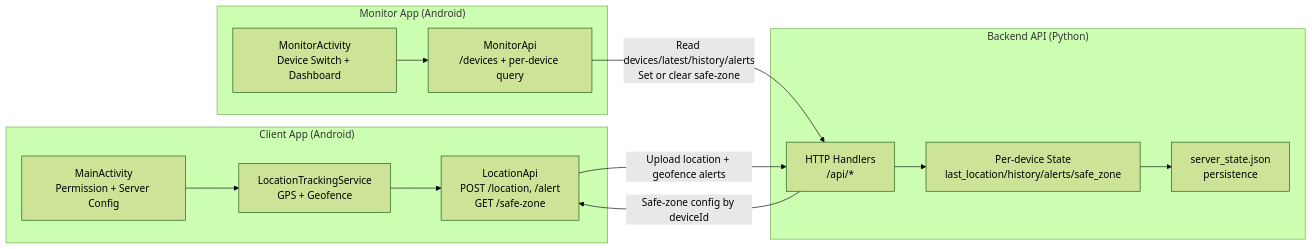
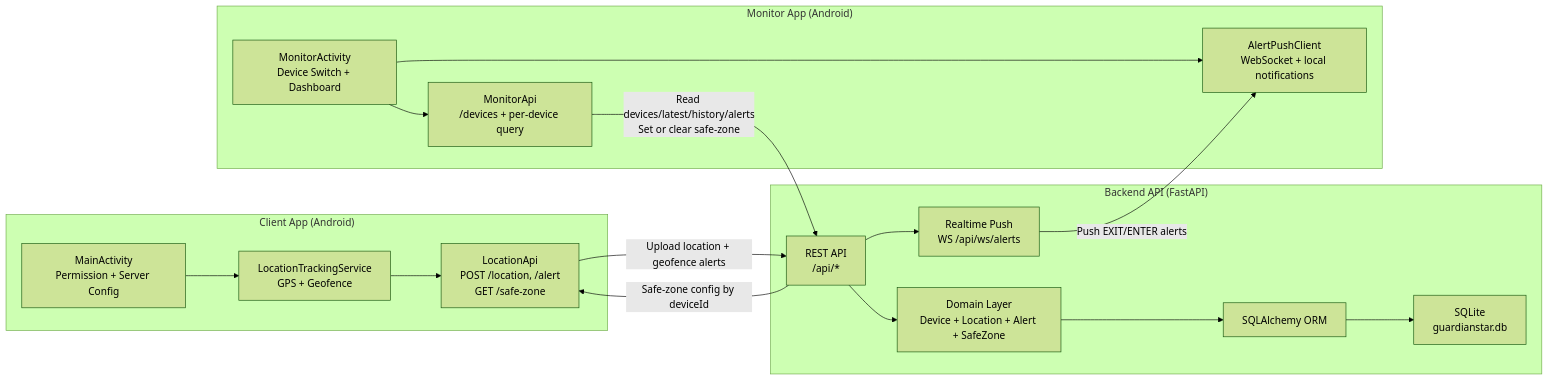
Before and after one commit to MackJack023/GuardianStar: the diagram in docs/architecture.md, drawn with Mermaid (forest theme). The commit also changed other lines of this file and 20 other files, not shown here.

Commit message:
feat: upgrade to Java 17 and production backend with realtime alert push

````diff
--- a/docs/architecture.md
+++ b/docs/architecture.md
@@ -5,26 +5,32 @@
 ```mermaid
 flowchart LR
   subgraph C["Client App (Android)"]
     C1["MainActivity\nPermission + Server Config"]
     C2["LocationTrackingService\nGPS + Geofence"]
     C3["LocationApi\nPOST /location, /alert\nGET /safe-zone"]
     C1 --> C2 --> C3
   end
 
-  subgraph B["Backend API (Python)"]
-    B1["HTTP Handlers\n/api/*"]
-    B2["Per-device State\nlast_location/history/alerts/safe_zone"]
-    B3["server_state.json\npersistence"]
-    B1 --> B2 --> B3
+  subgraph B["Backend API (FastAPI)"]
+    B1["REST API\n/api/*"]
+    B2["Domain Layer\nDevice + Location + Alert + SafeZone"]
+    B3["SQLAlchemy ORM"]
+    B4["SQLite\nguardianstar.db"]
+    B5["Realtime Push\nWS /api/ws/alerts"]
+    B1 --> B2 --> B3 --> B4
+    B1 --> B5
   end
 
   subgraph M["Monitor App (Android)"]
     M1["MonitorActivity\nDevice Switch + Dashboard"]
     M2["MonitorApi\n/devices + per-device query"]
+    M3["AlertPushClient\nWebSocket + local notifications"]
     M1 --> M2
+    M1 --> M3
   end
 
   C3 -- "Upload location + geofence alerts" --> B1
   M2 -- "Read devices/latest/history/alerts\nSet or clear safe-zone" --> B1
+  B5 -- "Push EXIT/ENTER alerts" --> M3
   B1 -- "Safe-zone config by deviceId" --> C3
 ```
````
